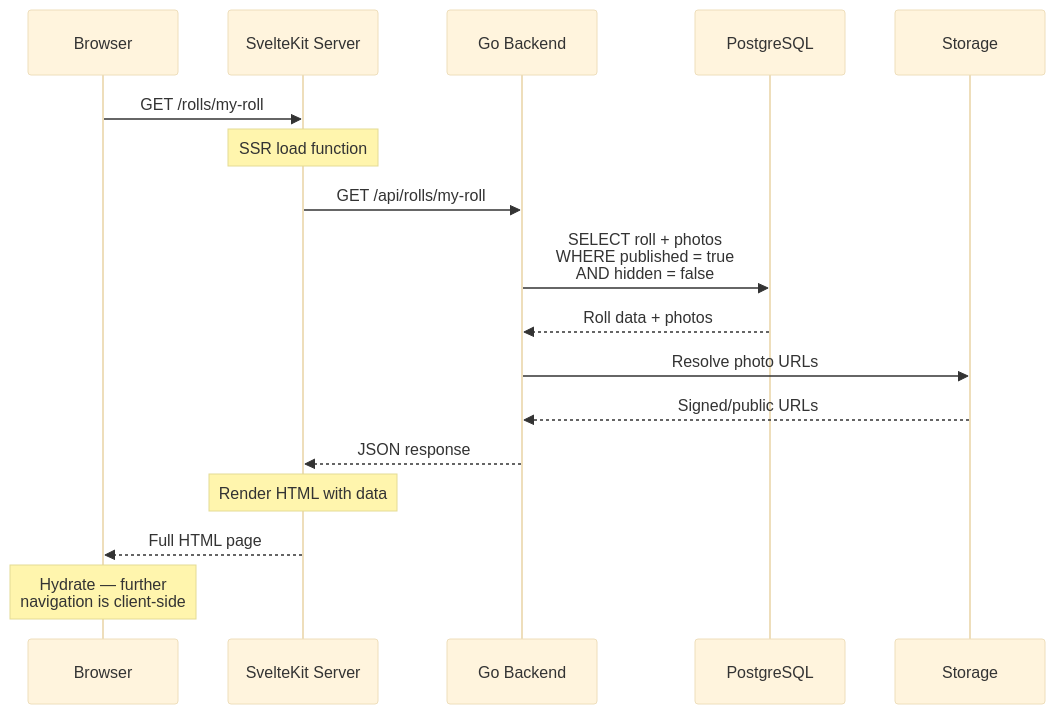
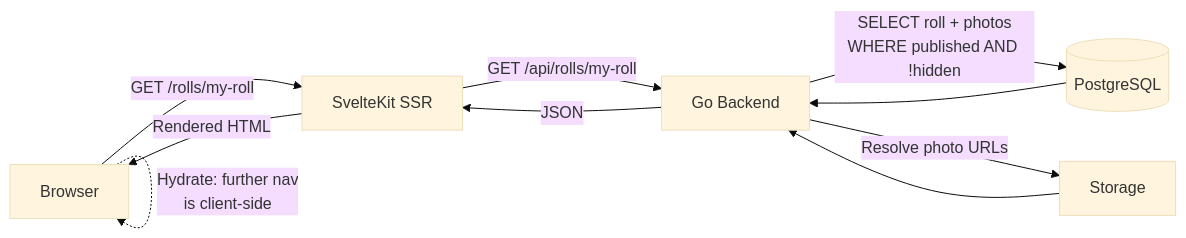
One commit to NeoRecasata/film-gallery changed the fifth of 5 diagrams in README.md. Above: the diagram before and after it, drawn with Mermaid (base theme). The commit also changed other lines of this file, not shown here.

Commit message:
docs: convert sequence diagrams to flowcharts for GitHub rendering compatibility

````diff
--- a/README.md
+++ b/README.md
@@ -200,20 +197,12 @@
 ```mermaid
-sequenceDiagram
-    participant B as Browser
-    participant S as SvelteKit Server
-    participant A as Go Backend
-    participant DB as PostgreSQL
-    participant St as Storage
-
-    B->>S: GET /rolls/my-roll
-    Note over S: SSR load function
-    S->>A: GET /api/rolls/my-roll
-    A->>DB: SELECT roll + photos<br/>WHERE published = true<br/>AND hidden = false
-    DB-->>A: Roll data + photos
-    A->>St: Resolve photo URLs
-    St-->>A: Signed/public URLs
-    A-->>S: JSON response
-    Note over S: Render HTML with data
-    S-->>B: Full HTML page
-    Note over B: Hydrate — further<br/>navigation is client-side
+flowchart LR
+    B["Browser"] -->|"GET /rolls/my-roll"| S["SvelteKit SSR"]
+    S -->|"GET /api/rolls/my-roll"| A["Go Backend"]
+    A -->|"SELECT roll + photos<br/>WHERE published AND !hidden"| DB[(PostgreSQL)]
+    DB --> A
+    A -->|"Resolve photo URLs"| St["Storage"]
+    St --> A
+    A -->|"JSON"| S
+    S -->|"Rendered HTML"| B
+    B -.->|"Hydrate: further nav<br/>is client-side"| B
 ```
````
